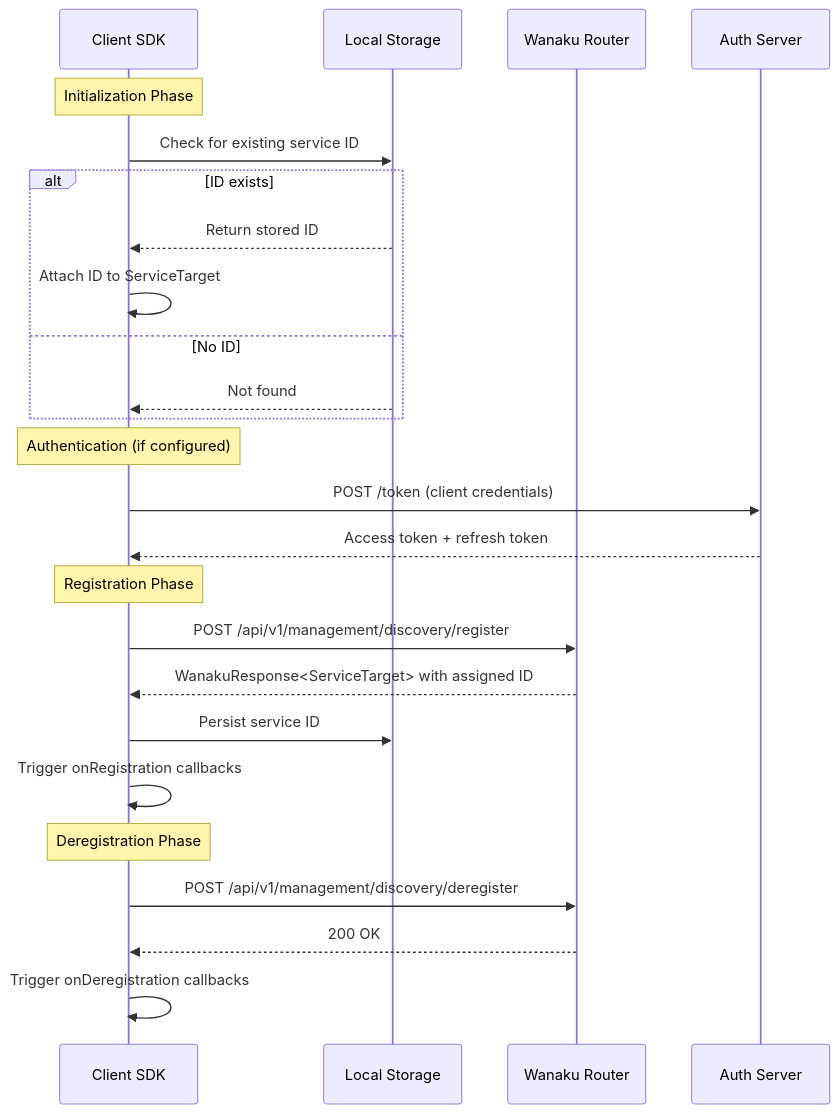
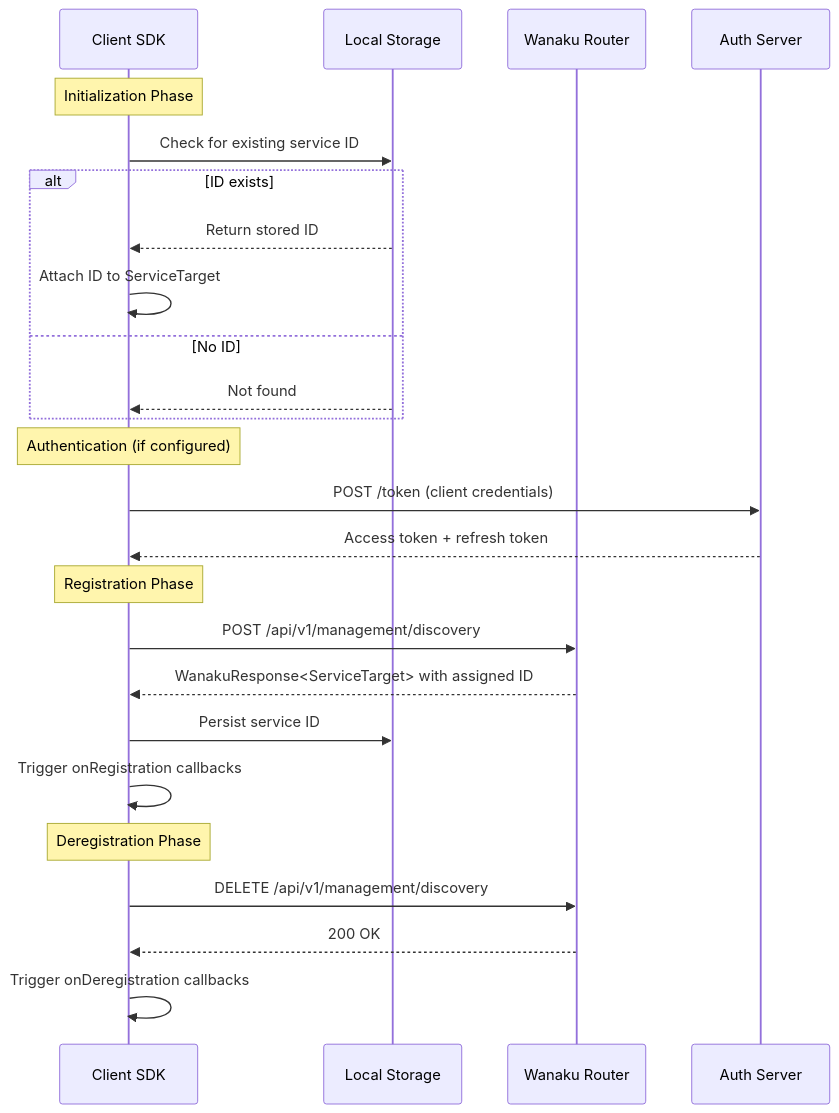
One commit to wanaku-ai/wanaku-capabilities-java-sdk changed the diagram in docs/client-registration-flow.md. Above: the diagram before and after it, drawn with Mermaid. The commit also changed other lines of this file, not shown here.

First line of the commit message:
chore: address review feedback on client-registration-flow docs

````diff
--- a/docs/client-registration-flow.md
+++ b/docs/client-registration-flow.md
@@ -68,31 +68,31 @@
 ```mermaid
 sequenceDiagram
     participant Client as Client SDK
     participant Storage as Local Storage
     participant Router as Wanaku Router
     participant Auth as Auth Server
 
     Note over Client: Initialization Phase
     Client->>Storage: Check for existing service ID
     alt ID exists
         Storage-->>Client: Return stored ID
         Client->>Client: Attach ID to ServiceTarget
     else No ID
         Storage-->>Client: Not found
     end
 
     Note over Client: Authentication (if configured)
     Client->>Auth: POST /token (client credentials)
     Auth-->>Client: Access token + refresh token
 
     Note over Client: Registration Phase
-    Client->>Router: POST /api/v1/management/discovery/register
+    Client->>Router: POST /api/v1/management/discovery
     Router-->>Client: WanakuResponse<ServiceTarget> with assigned ID
     Client->>Storage: Persist service ID
     Client->>Client: Trigger onRegistration callbacks
 
     Note over Client: Deregistration Phase
-    Client->>Router: POST /api/v1/management/discovery/deregister
+    Client->>Router: DELETE /api/v1/management/discovery
     Router-->>Client: 200 OK
     Client->>Client: Trigger onDeregistration callbacks
 ```
````
